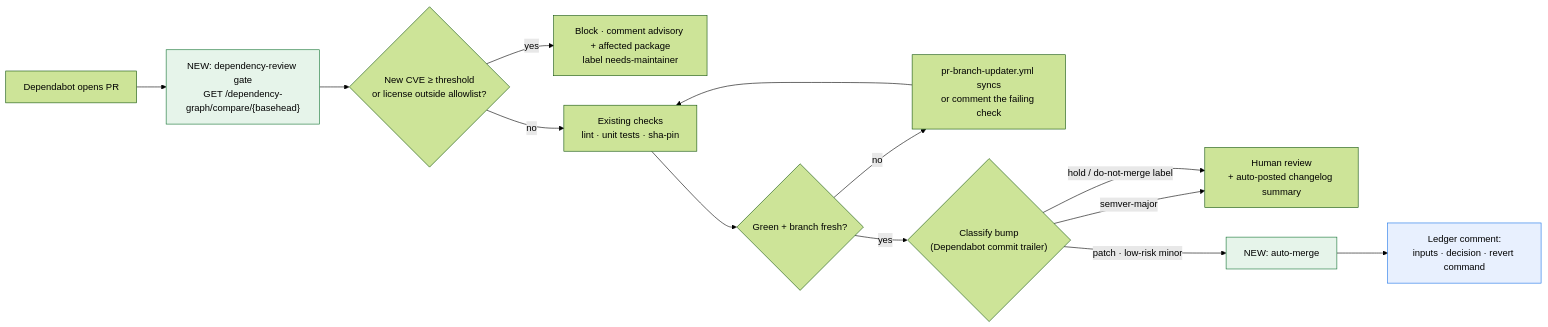
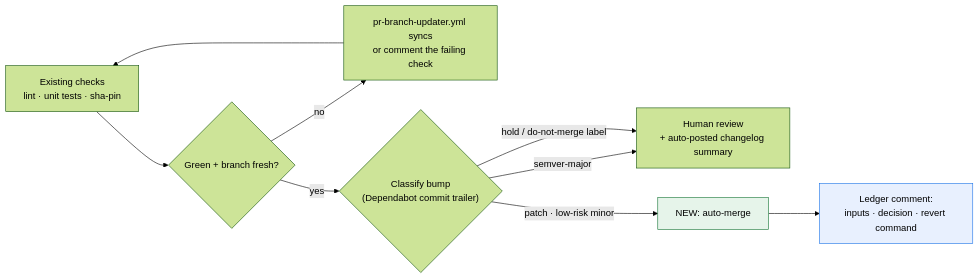
One commit to kpj2006/test changed the second of 6 diagrams in proposal.md. Above: the diagram before and after it, drawn with Mermaid (forest theme). The commit also changed other lines of this file and 2 other files, not shown here.

Commit message:
Add PR hygiene research notes and update dependency handling proposal

````diff
--- a/proposal.md
+++ b/proposal.md
@@ -76,19 +45,14 @@
 ```mermaid
 flowchart LR
-    A[Dependabot opens PR] --> B["NEW: dependency-review gate<br/>GET /dependency-graph/compare/{basehead}"]
-    B --> C{New CVE ≥ threshold<br/>or license outside allowlist?}
-    C -- yes --> D["Block · comment advisory + affected package<br/>label needs-maintainer"]
-    C -- no --> E["Existing checks<br/>lint · unit tests · sha-pin"]
-    E --> F{Green + branch fresh?}
-    F -- no --> G["pr-branch-updater.yml syncs<br/>or comment the failing check"]
-    G --> E
-    F -- yes --> H{"Classify bump<br/>(Dependabot commit trailer)"}
-    H -- "semver-major" --> I["Human review<br/>+ auto-posted changelog summary"]
-    H -- "hold / do-not-merge label" --> I
-    H -- "patch · low-risk minor" --> J["NEW: auto-merge"]
-    J --> K["Ledger comment:<br/>inputs · decision · revert command"]
+    A["Existing checks<br/>lint · unit tests · sha-pin"] --> B{Green + branch fresh?}
+    B -- no --> C["pr-branch-updater.yml syncs<br/>or comment the failing check"]
+    C --> A
+    B -- yes --> D{"Classify bump<br/>(Dependabot commit trailer)"}
+    D -- "semver-major" --> E["Human review<br/>+ auto-posted changelog summary"]
+    D -- "hold / do-not-merge label" --> E
+    D -- "patch · low-risk minor" --> F["NEW: auto-merge"]
+    F --> G["Ledger comment:<br/>inputs · decision · revert command"]
 
-    style B fill:#e6f4ea,stroke:#137333
-    style J fill:#e6f4ea,stroke:#137333
-    style K fill:#e8f0fe,stroke:#1a73e8
+    style F fill:#e6f4ea,stroke:#137333
+    style G fill:#e8f0fe,stroke:#1a73e8
 ```
````
